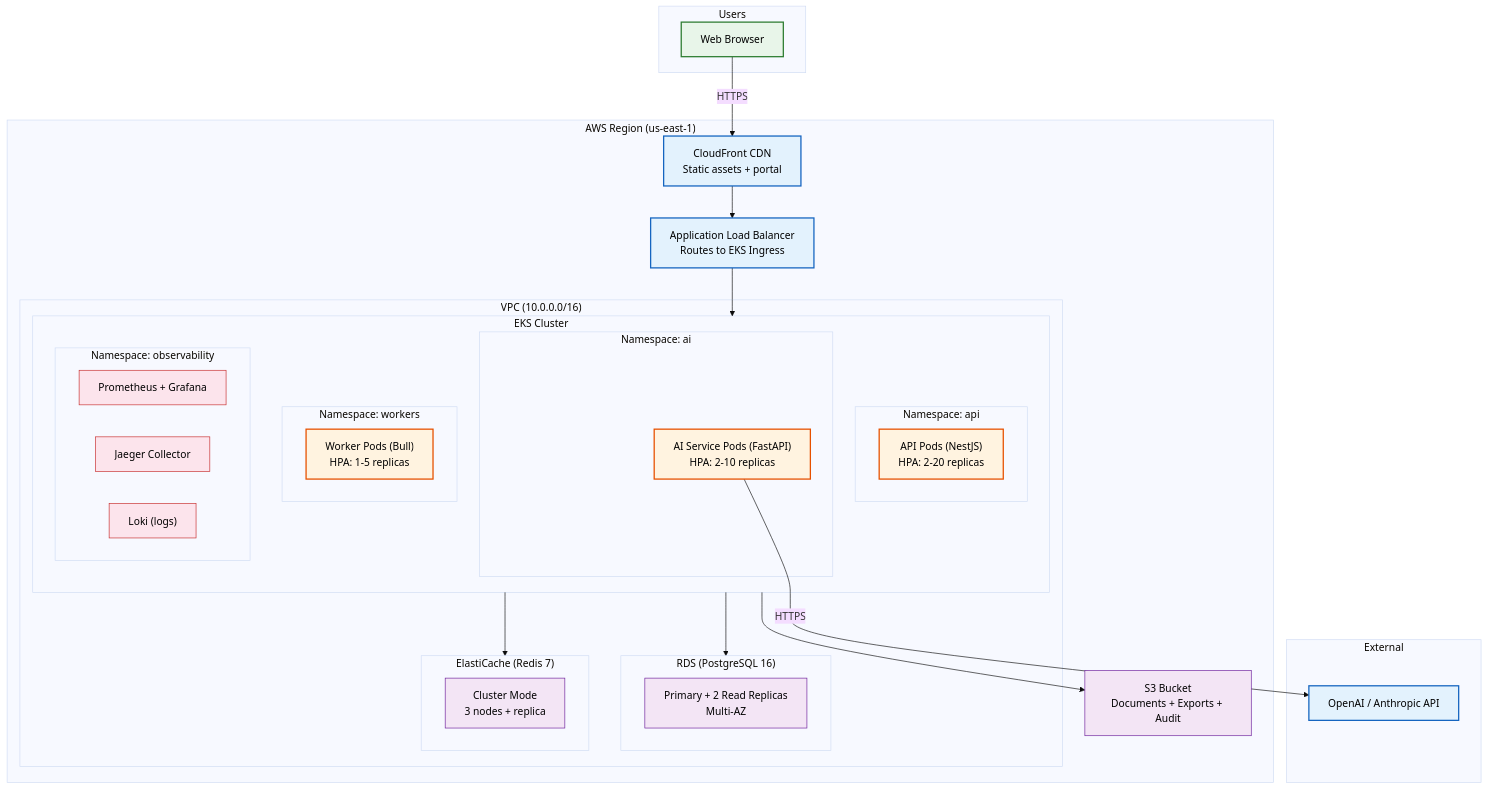
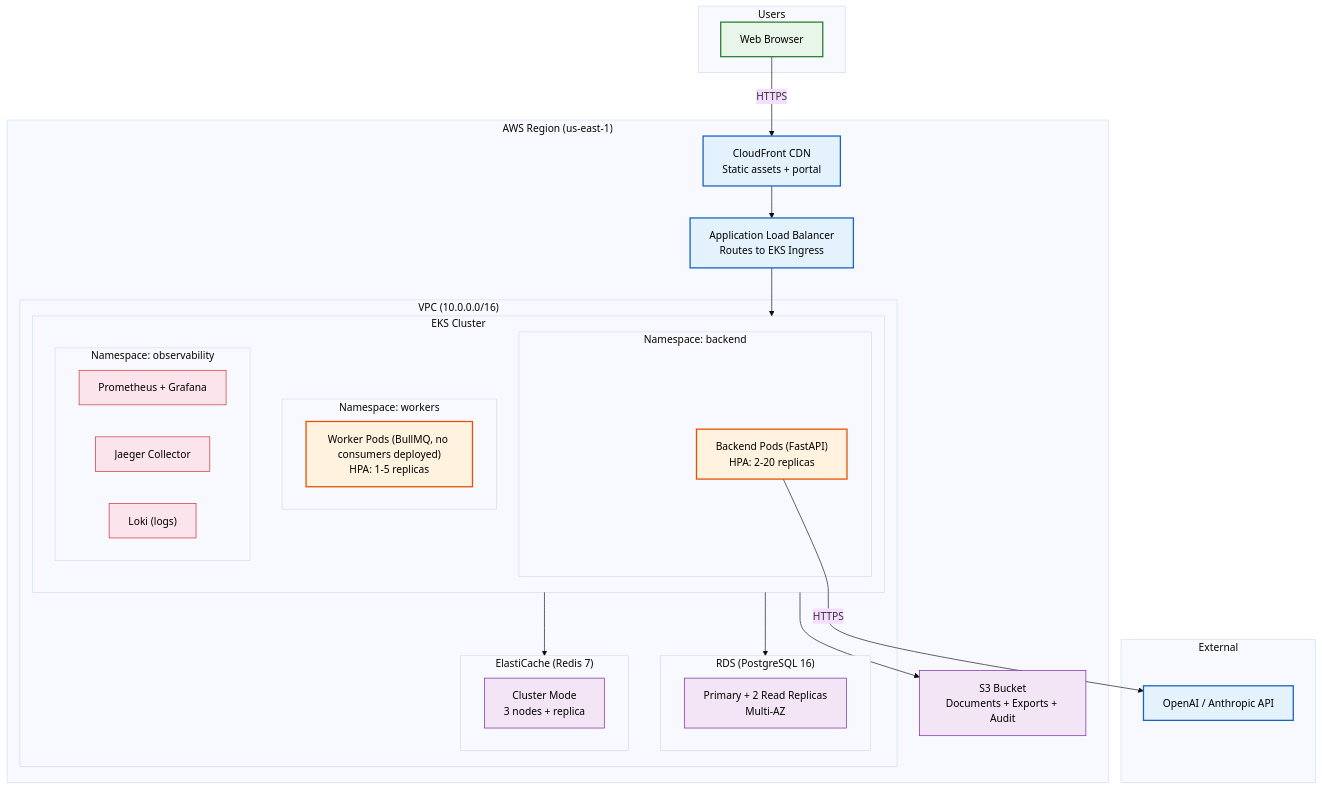
The fifth of 5 diagrams in docs/architecture/C4-Architecture.md (Driftloom/Vaeloom), drawn with Mermaid (base theme) before and after one commit. The commit also changed other lines of this file and 159 other files, not shown here.

````diff
--- a/docs/architecture/C4-Architecture.md
+++ b/docs/architecture/C4-Architecture.md
@@ -245,55 +274,52 @@
 ```mermaid
 graph TB
     classDef aws fill:#e3f2fd,stroke:#1565c0,color:#000,stroke-width:2px
     classDef k8s fill:#e8f5e9,stroke:#2e7d32,color:#000,stroke-width:2px
     classDef svc fill:#fff3e0,stroke:#e65100,color:#000,stroke-width:2px
     classDef data fill:#f3e5f5,stroke:#6a1b9a,color:#000,stroke-width:1px
     classDef obs fill:#fce4ec,stroke:#c62828,color:#000,stroke-width:1px
 
     subgraph AWS["AWS Region (us-east-1)"]
         subgraph VPC["VPC (10.0.0.0/16)"]
             subgraph EKS["EKS Cluster"]
-                subgraph NSAPI["Namespace: api"]
-                    API_PODS["API Pods (NestJS)<br/>HPA: 2-20 replicas"]:::svc
-                end
-                subgraph NSAISVC["Namespace: ai"]
-                    AI_PODS["AI Service Pods (FastAPI)<br/>HPA: 2-10 replicas"]:::svc
+                subgraph NSAPI["Namespace: backend"]
+                    API_PODS["Backend Pods (FastAPI)<br/>HPA: 2-20 replicas"]:::svc
                 end
                 subgraph NSWORK["Namespace: workers"]
-                    WORKER_PODS["Worker Pods (Bull)<br/>HPA: 1-5 replicas"]:::svc
+                    WORKER_PODS["Worker Pods (BullMQ, no consumers deployed)<br/>HPA: 1-5 replicas"]:::svc
                 end
                 subgraph NSOBS["Namespace: observability"]
                     PROM["Prometheus + Grafana"]:::obs
                     JAEGER["Jaeger Collector"]:::obs
                     LOKI["Loki (logs)"]:::obs
                 end
             end
 
             subgraph RDS["RDS (PostgreSQL 16)"]
                 PG_INST["Primary + 2 Read Replicas<br/>Multi-AZ"]:::data
             end
 
             subgraph ELASTIC["ElastiCache (Redis 7)"]
                 REDIS_INST["Cluster Mode<br/>3 nodes + replica"]:::data
             end
         end
 
         S3_B["S3 Bucket<br/>Documents + Exports + Audit"]:::data
         CLOUD["CloudFront CDN<br/>Static assets + portal"]:::aws
         LB["Application Load Balancer<br/>Routes to EKS Ingress"]:::aws
     end
 
     subgraph Users["Users"]
         BROWSER["Web Browser"]:::k8s
     end
 
     subgraph External["External"]
         LLM["OpenAI / Anthropic API"]:::aws
     end
 
     BROWSER -->|"HTTPS"| CLOUD --> LB --> EKS
     EKS --> RDS
     EKS --> ELASTIC
     EKS --> S3_B
-    AI_PODS -->|"HTTPS"| LLM
+    API_PODS -->|"HTTPS"| LLM
 ```
````
